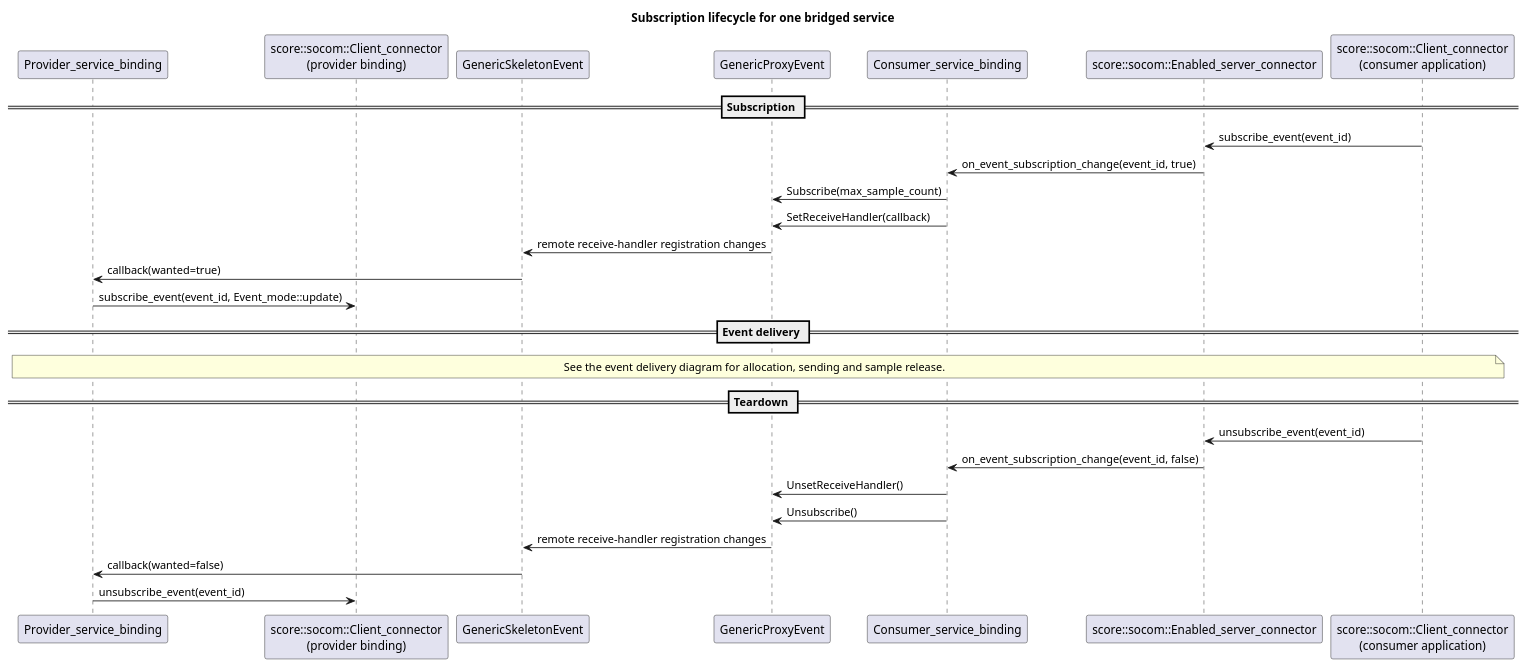
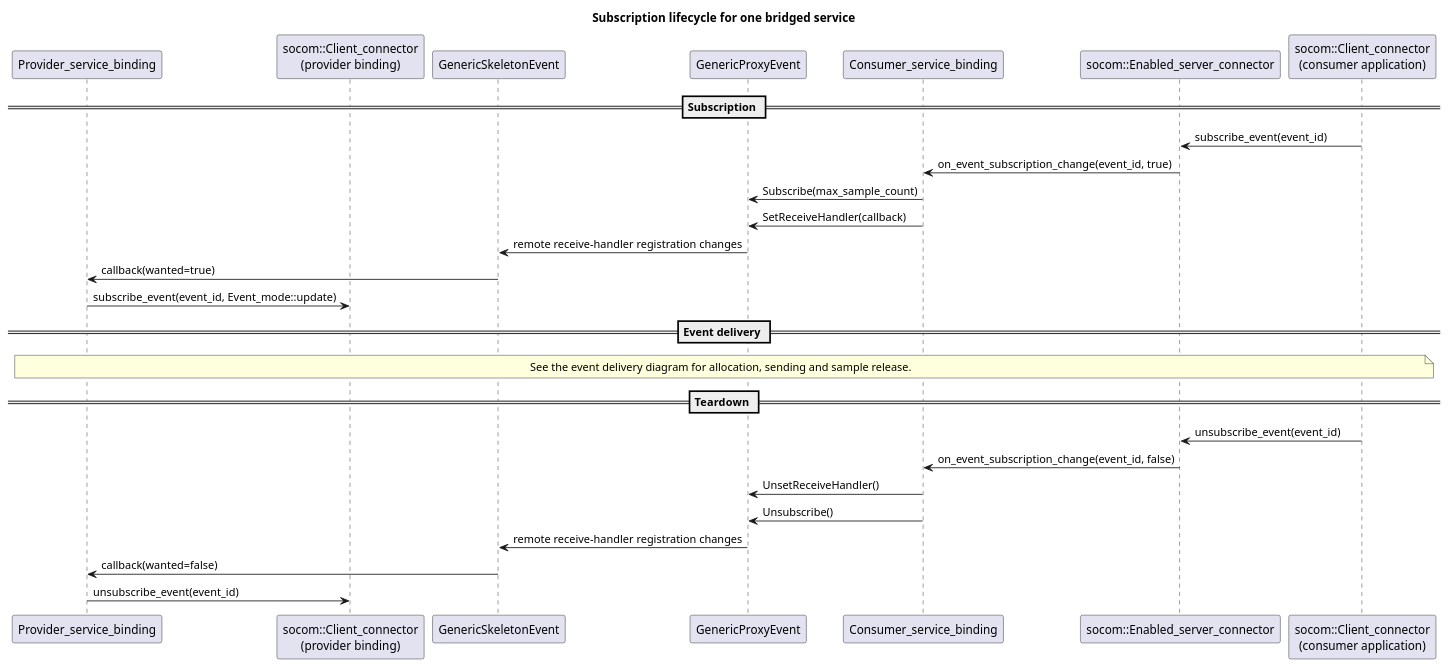
Before and after one commit to eclipse-score/inc_someip_gateway: the diagram in score/gateway_ipc_binding/docs/models/mw_com_event_subscription.puml, drawn with PlantUML. The commit also changed 2 other files, not shown here.

```diff
--- a/score/gateway_ipc_binding/docs/models/mw_com_event_subscription.puml
+++ b/score/gateway_ipc_binding/docs/models/mw_com_event_subscription.puml
@@ -14,32 +14,32 @@
 @startuml
 title Subscription lifecycle for one bridged service
 
 participant "Provider_service_binding" as provider
-participant "score::socom::Client_connector\n(provider binding)" as provider_connector
+participant "socom::Client_connector\n(provider binding)" as provider_connector
 participant "GenericSkeletonEvent" as skeleton_event
 participant "GenericProxyEvent" as proxy_event
 participant "Consumer_service_binding" as consumer
-participant "score::socom::Enabled_server_connector" as enabled_connector
-participant "score::socom::Client_connector\n(consumer application)" as consumer_app
+participant "socom::Enabled_server_connector" as enabled_connector
+participant "socom::Client_connector\n(consumer application)" as consumer_app
 
 == Subscription ==
 consumer_app -> enabled_connector : subscribe_event(event_id)
 enabled_connector -> consumer : on_event_subscription_change(event_id, true)
 consumer -> proxy_event : Subscribe(max_sample_count)
 consumer -> proxy_event : SetReceiveHandler(callback)
 proxy_event -> skeleton_event : remote receive-handler registration changes
 skeleton_event -> provider : callback(wanted=true)
 provider -> provider_connector : subscribe_event(event_id, Event_mode::update)
 
 == Event delivery ==
 note over provider, consumer_app : See the event delivery diagram for allocation, sending and sample release.
 
 == Teardown ==
 consumer_app -> enabled_connector : unsubscribe_event(event_id)
 enabled_connector -> consumer : on_event_subscription_change(event_id, false)
 consumer -> proxy_event : UnsetReceiveHandler()
 consumer -> proxy_event : Unsubscribe()
 proxy_event -> skeleton_event : remote receive-handler registration changes
 skeleton_event -> provider : callback(wanted=false)
 provider -> provider_connector : unsubscribe_event(event_id)
 @enduml
```
